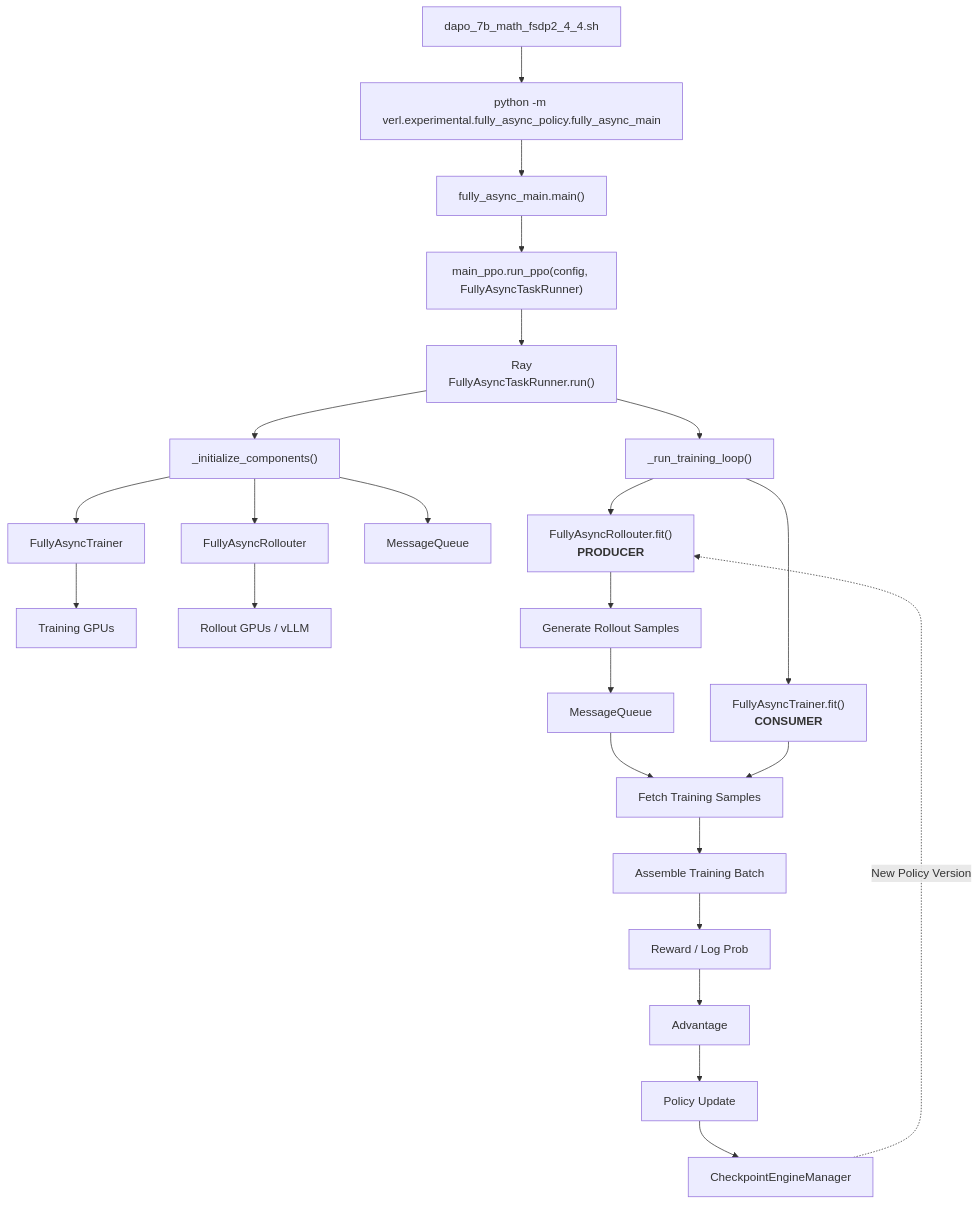
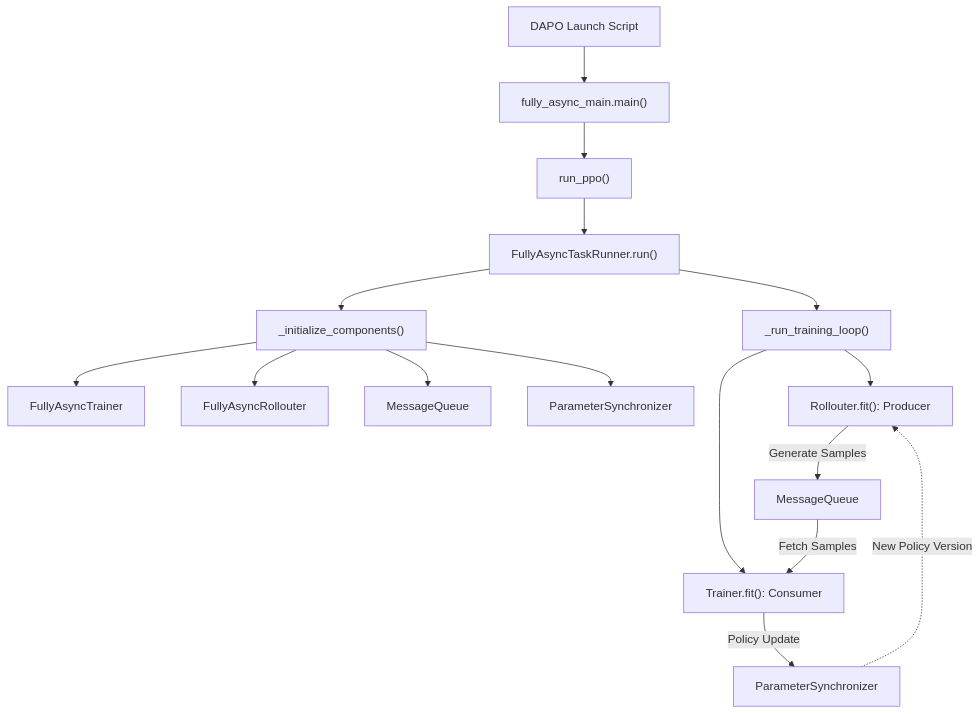
One commit to Vivicai1005/verl-rocm-tutorials changed the first of 3 diagrams in fully_async_code_walkthrough.md. Above: the diagram before and after it, drawn with Mermaid. The commit also changed other lines of this file, not shown here.

Commit message:
Revise fully_async_code_walkthrough.md for clarity
Updated the document to explain the architecture and workflow of Fully Async Training in detail, including the decoupling of Rollout and Training processes.

````diff
--- a/fully_async_code_walkthrough.md
+++ b/fully_async_code_walkthrough.md
@@ -7,46 +9,23 @@
 ```mermaid
 flowchart TD
-    A["dapo_7b_math_fsdp2_4_4.sh"]
-    --> B["python -m verl.experimental.fully_async_policy.fully_async_main"]
+    A["DAPO Launch Script"]
+    --> B["fully_async_main.main()"]
+    --> C["run_ppo()"]
+    --> D["FullyAsyncTaskRunner.run()"]
 
-    B --> C["fully_async_main.main()"]
+    D --> E["_initialize_components()"]
+    E --> E1["FullyAsyncTrainer"]
+    E --> E2["FullyAsyncRollouter"]
+    E --> E3["MessageQueue"]
+    E --> E4["ParameterSynchronizer"]
 
-    C --> D["main_ppo.run_ppo(config, FullyAsyncTaskRunner)"]
+    D --> F["_run_training_loop()"]
 
-    D --> E["Ray<br/>FullyAsyncTaskRunner.run()"]
+    F --> R["Rollouter.fit(): Producer"]
+    F --> T["Trainer.fit(): Consumer"]
 
-    E --> F["_initialize_components()"]
-
-    F --> F1["FullyAsyncTrainer"]
-    F1 --> F11["Training GPUs"]
-
-    F --> F2["FullyAsyncRollouter"]
-    F2 --> F21["Rollout GPUs / vLLM"]
-
-    F --> F3["MessageQueue"]
-
-    E --> G["_run_training_loop()"]
-
-    G --> R["FullyAsyncRollouter.fit()<br/><b>PRODUCER</b>"]
-    G --> T["FullyAsyncTrainer.fit()<br/><b>CONSUMER</b>"]
-
-    R --> R1["Generate Rollout Samples"]
-
-    R1 --> MQ["MessageQueue"]
-
-    MQ --> T1["Fetch Training Samples"]
-
-    T --> T1
-
-    T1 --> T2["Assemble Training Batch"]
-
-    T2 --> T3["Reward / Log Prob"]
-
-    T3 --> T4["Advantage"]
-
-    T4 --> T5["Policy Update"]
-
-    T5 --> T6["CheckpointEngineManager"]
-
-    T6 -.->|"New Policy Version"| R
+    R -->|"Generate Samples"| Q["MessageQueue"]
+    Q -->|"Fetch Samples"| T
+    T -->|"Policy Update"| P["ParameterSynchronizer"]
+    P -.->|"New Policy Version"| R
 ```
````
